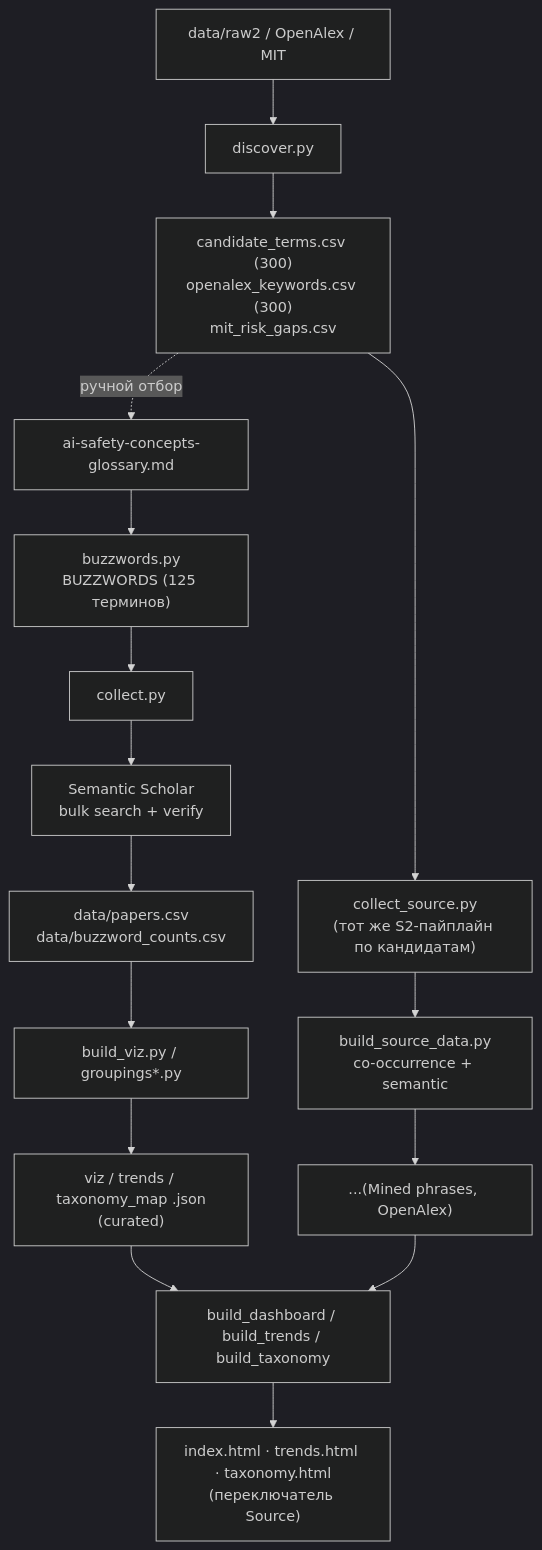
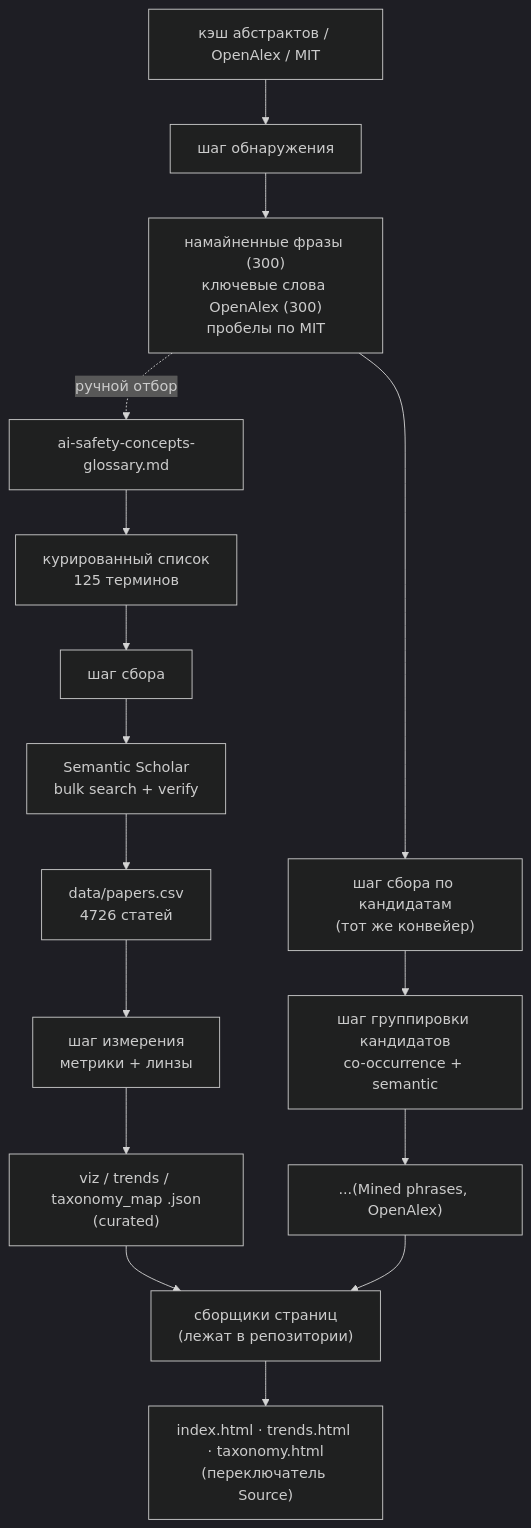
The diagram in methodology.md (eericheva/ai-safety-buzzwords), drawn with Mermaid (dark theme) before and after one commit. The commit also changed other lines of this file and 92 other files, not shown here.

````diff
--- a/methodology.md
+++ b/methodology.md
@@ -21,20 +29,20 @@
 ```mermaid
 flowchart TD
-    Glossary["ai-safety-concepts-glossary.md"] --> Buzzwords["buzzwords.py<br/>BUZZWORDS (125 терминов)"]
-    Buzzwords --> Collect["collect.py"]
+    Glossary["ai-safety-concepts-glossary.md"] --> Terms["курированный список<br/>125 терминов"]
+    Terms --> Collect["шаг сбора"]
     Collect --> S2["Semantic Scholar<br/>bulk search + verify"]
-    S2 --> Papers["data/papers.csv<br/>data/buzzword_counts.csv"]
+    S2 --> Papers["data/papers.csv<br/>4726 статей"]
 
-    Corpus["data/raw2 / OpenAlex / MIT"] --> Discover["discover.py"]
-    Discover --> Cand["candidate_terms.csv (300)<br/>openalex_keywords.csv (300)<br/>mit_risk_gaps.csv"]
+    Corpus["кэш абстрактов / OpenAlex / MIT"] --> Discover["шаг обнаружения"]
+    Discover --> Cand["намайненные фразы (300)<br/>ключевые слова OpenAlex (300)<br/>пробелы по MIT"]
     Cand -.ручной отбор.-> Glossary
-    Cand --> CollectSrc["collect_source.py<br/>(тот же S2-пайплайн по кандидатам)"]
-    CollectSrc --> SrcData["build_source_data.py<br/>co-occurrence + semantic"]
+    Cand --> CollectSrc["шаг сбора по кандидатам<br/>(тот же конвейер)"]
+    CollectSrc --> SrcData["шаг группировки кандидатов<br/>co-occurrence + semantic"]
 
-    Papers --> Viz["build_viz.py / groupings*.py"]
+    Papers --> Viz["шаг измерения<br/>метрики + линзы"]
     Viz --> VD["viz / trends / taxonomy_map .json<br/>(curated)"]
     SrcData --> SD["...(Mined phrases, OpenAlex)"]
-    VD --> Art["build_dashboard / build_trends / build_taxonomy"]
+    VD --> Art["сборщики страниц<br/>(лежат в репозитории)"]
     SD --> Art
     Art --> HTML["index.html · trends.html · taxonomy.html<br/>(переключатель Source)"]
 ```
````
